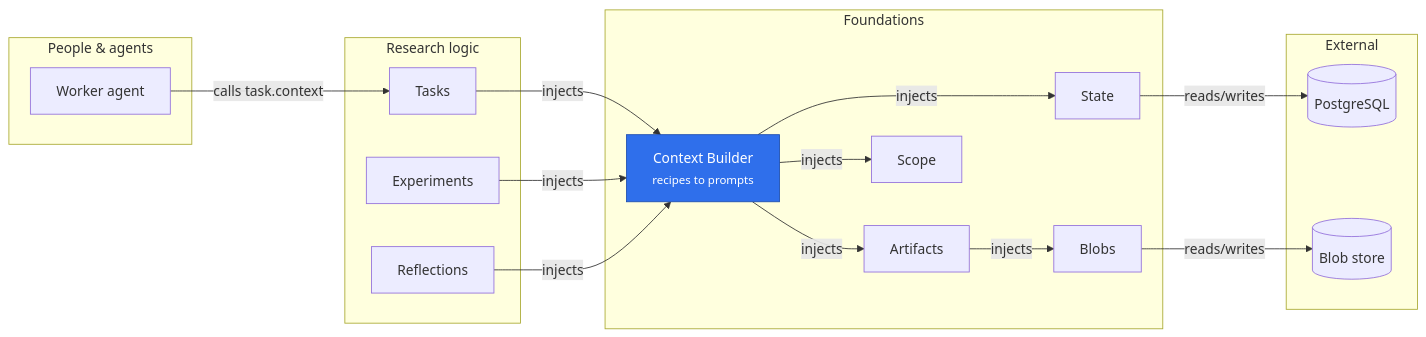
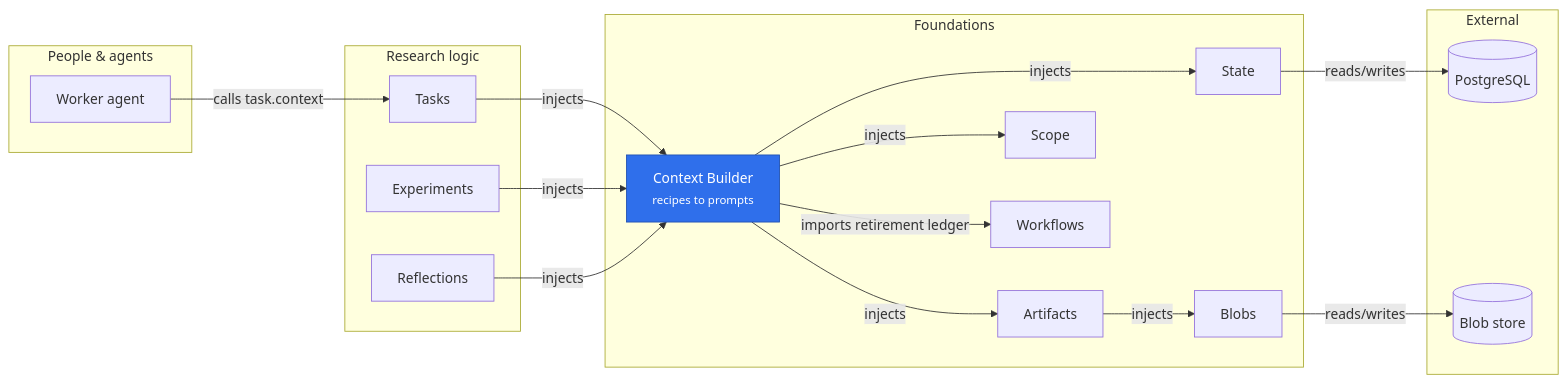
Before and after one commit to rapidreview-io/Merv: the diagram in merv-typescript/packages/context-builder/README.md, drawn with Mermaid. The commit also changed 49 other files, not shown here.

````diff
--- a/merv-typescript/packages/context-builder/README.md
+++ b/merv-typescript/packages/context-builder/README.md
@@ -7,34 +7,36 @@
 ```mermaid
 flowchart LR
   subgraph peopleLayer["People & agents"]
     workerAgent["Worker agent"]
   end
   subgraph researchLayer["Research logic"]
     tasks["Tasks"]
     experiments["Experiments"]
     reflections["Reflections"]
   end
   subgraph foundationsLayer["Foundations"]
     contextBuilder["Context Builder<br/><small>recipes to prompts</small>"]
     artifacts["Artifacts"]
     scope["Scope"]
+    workflows["Workflows"]
     state["State"]
     blobs["Blobs"]
   end
   subgraph externalLayer["External"]
     postgres[("PostgreSQL")]
     blobStore[("Blob store")]
   end
   workerAgent -- "calls task.context" --> tasks
   tasks -- "injects" --> contextBuilder
   experiments -- "injects" --> contextBuilder
   reflections -- "injects" --> contextBuilder
   contextBuilder -- "injects" --> artifacts
   contextBuilder -- "injects" --> scope
   contextBuilder -- "injects" --> state
+  contextBuilder -- "imports retirement ledger" --> workflows
   artifacts -- "injects" --> blobs
   state -- "reads/writes" --> postgres
   blobs -- "reads/writes" --> blobStore
   classDef self fill:#2f6feb,color:#fff,stroke:#1f4fb0
   class contextBuilder self
 ```
````
